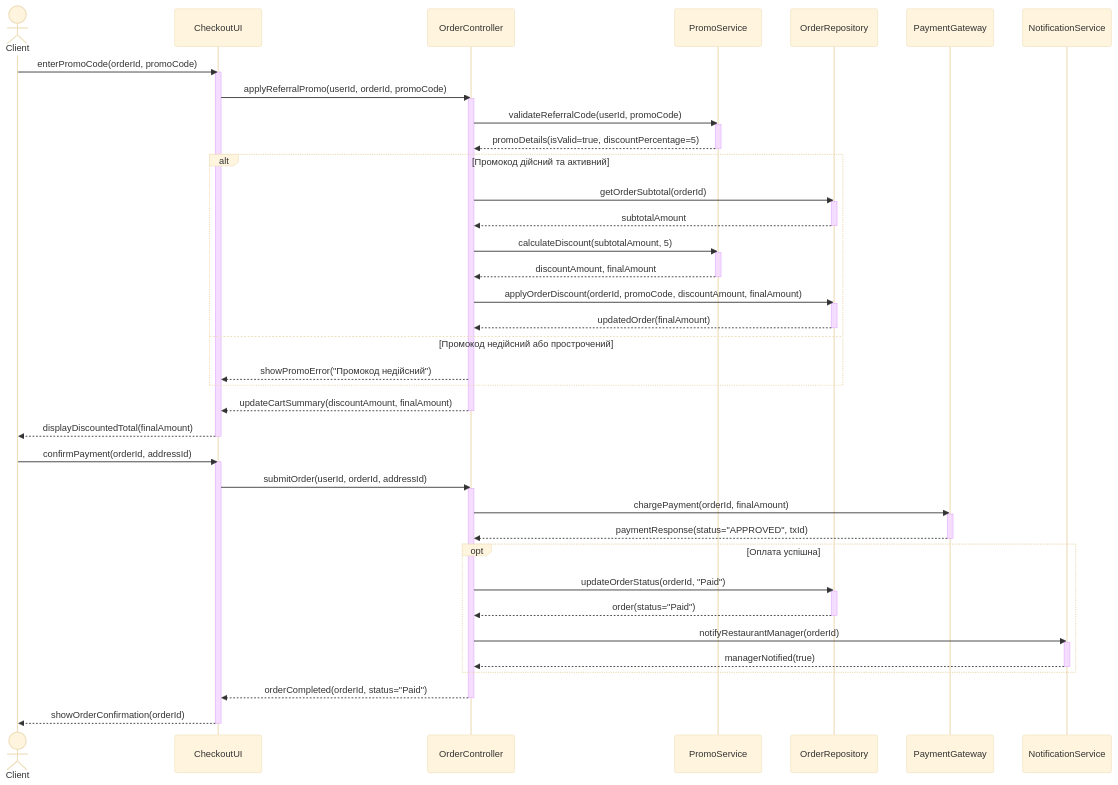
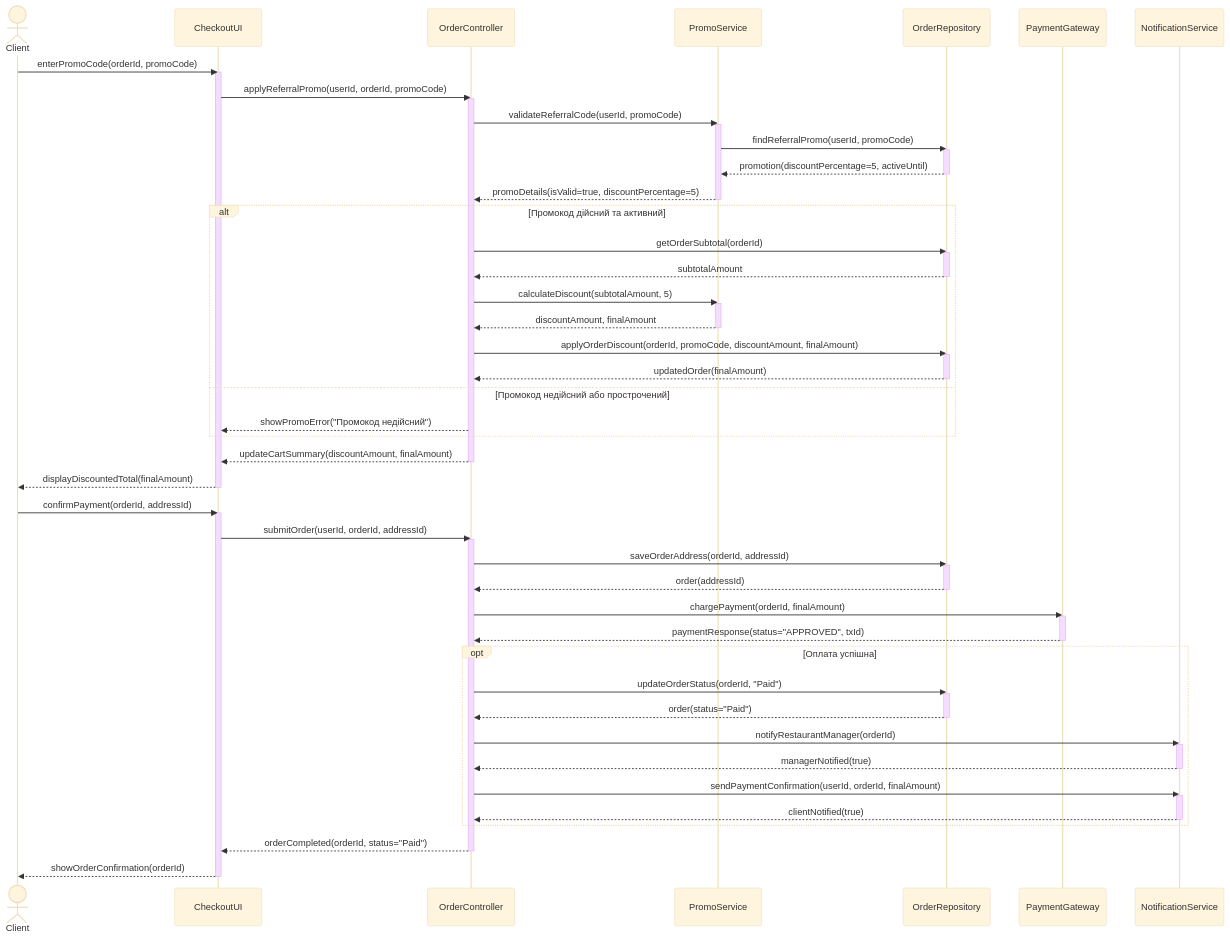
One commit to konkusandrey-gif/Kpi2_labwork changed the second of 4 diagrams in labs/lab3-sequence/ai/diagrams.md. Above: the diagram before and after it, drawn with Mermaid (base theme). The commit also changed other lines of this file, not shown here.

Commit message:
Updated diagrams.md
Updated sequence diagrams for the FoodDelivery project,fix sc-02

```diff
--- a/labs/lab3-sequence/ai/diagrams.md
+++ b/labs/lab3-sequence/ai/diagrams.md
@@ -81,6 +81,10 @@
 
     Ctrl->>Promo: validateReferralCode(userId, promoCode)
     activate Promo
+    Promo->>Repo: findReferralPromo(userId, promoCode)
+    activate Repo
+    Repo-->>Promo: promotion(discountPercentage=5, activeUntil)
+    deactivate Repo
     Promo-->>Ctrl: promoDetails(isValid=true, discountPercentage=5)
     deactivate Promo
 
@@ -113,6 +117,11 @@
     UI->>Ctrl: submitOrder(userId, orderId, addressId)
     activate Ctrl
 
+    Ctrl->>Repo: saveOrderAddress(orderId, addressId)
+    activate Repo
+    Repo-->>Ctrl: order(addressId)
+    deactivate Repo
+
     Ctrl->>PG: chargePayment(orderId, finalAmount)
     activate PG
     PG-->>Ctrl: paymentResponse(status="APPROVED", txId)
@@ -128,6 +137,11 @@
         activate Notif
         Notif-->>Ctrl: managerNotified(true)
         deactivate Notif
+
+        Ctrl->>Notif: sendPaymentConfirmation(userId, orderId, finalAmount)
+        activate Notif
+        Notif-->>Ctrl: clientNotified(true)
+        deactivate Notif
     end
 
     Ctrl-->>UI: orderCompleted(orderId, status="Paid")
```
